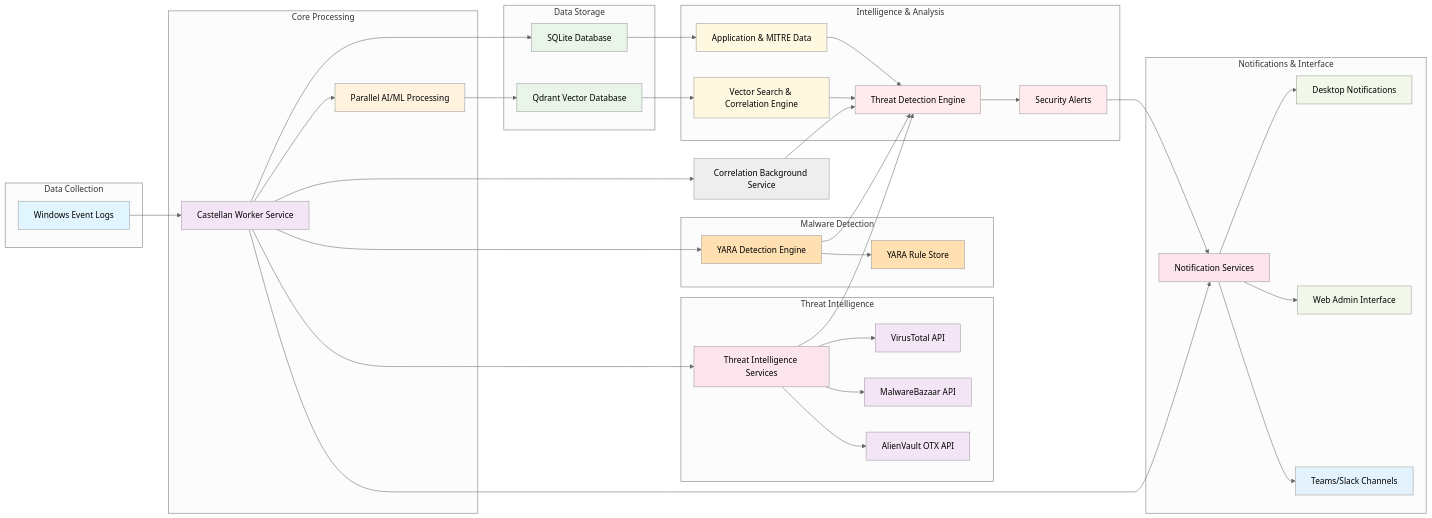
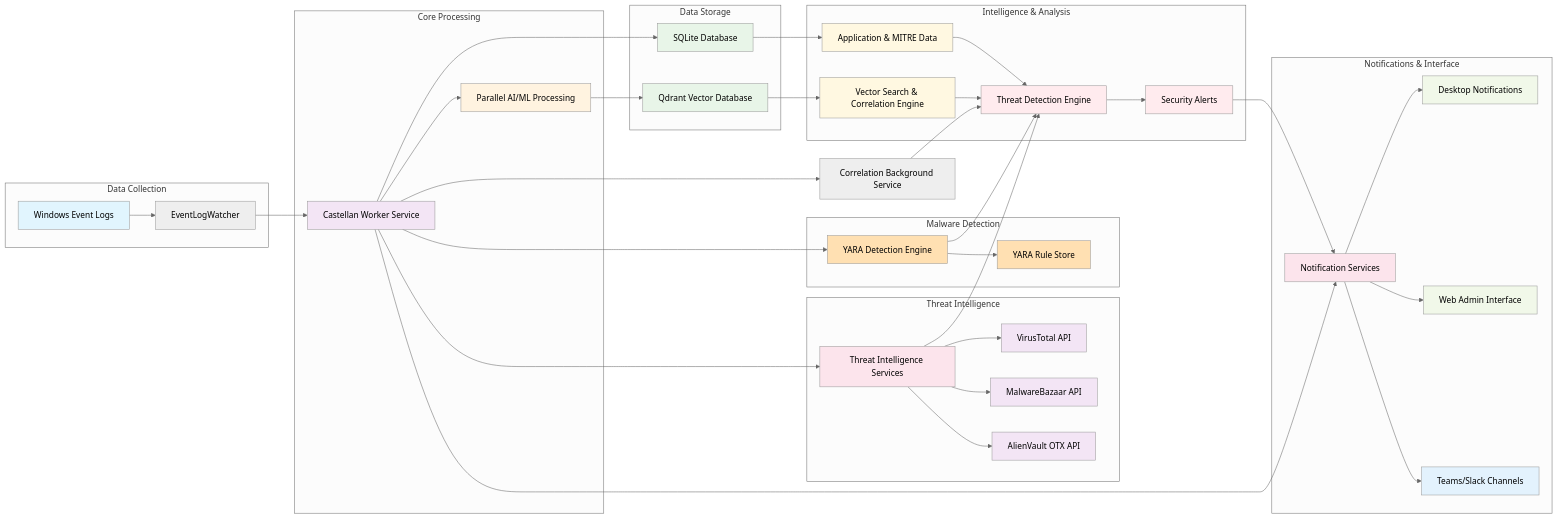
Before and after one commit to MLidstrom/Castellan: the first of 3 diagrams in docs/ARCHITECTURE.md, drawn with Mermaid (neutral theme). The commit also changed other lines of this file and 36 other files, not shown here.

````diff
--- a/docs/ARCHITECTURE.md
+++ b/docs/ARCHITECTURE.md
@@ -22,6 +23,7 @@
 ```mermaid
 flowchart LR
-    A[Windows Event Logs] --> B[Castellan Worker Service]
+    A[Windows Event Logs] --> AA[EventLogWatcher]
+    AA --> B[Castellan Worker Service]
     B --> C[Parallel AI/ML Processing]
     C --> D[Qdrant Vector Database]
     B --> K[SQLite Database]
@@ -48,6 +50,7 @@
     
     subgraph "Data Collection"
         A
+        AA
     end
     
     subgraph "Core Processing"
````
